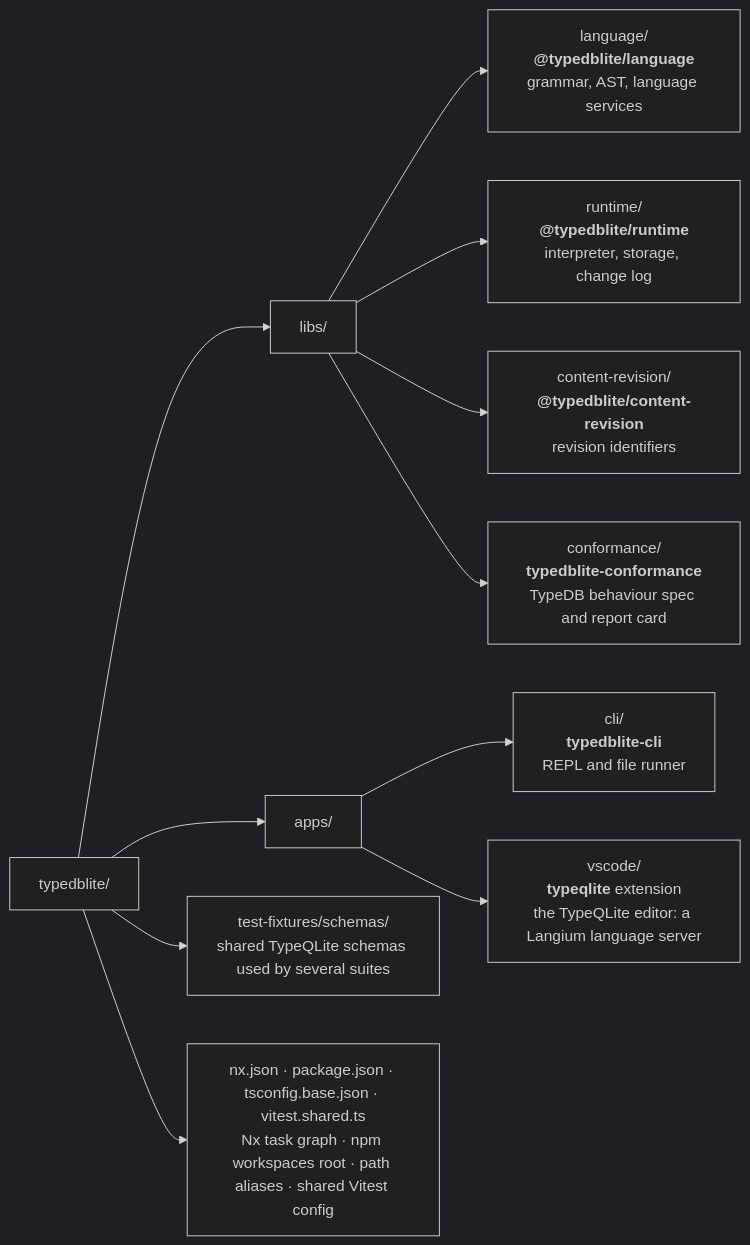
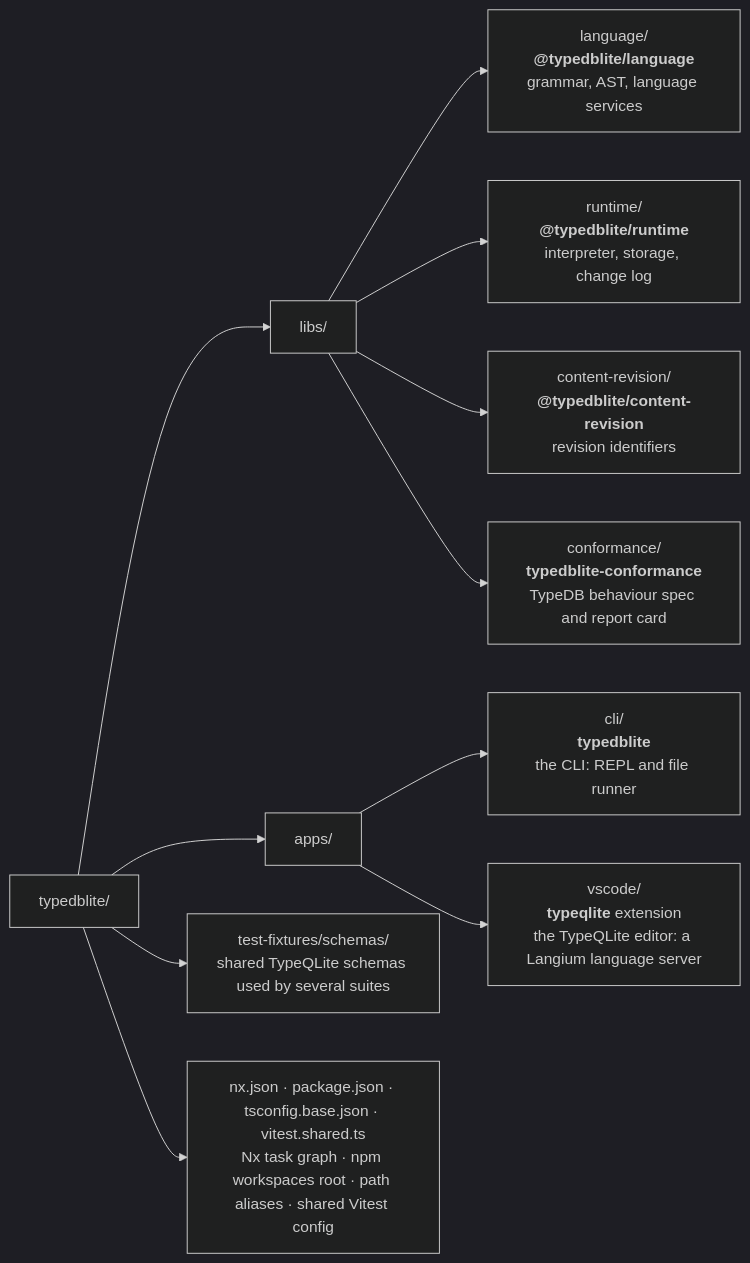
Before and after one commit to typedblite/typedblite: the first of 2 diagrams in AGENTS.md, drawn with Mermaid (dark theme). The commit also changed other lines of this file and 14 other files, not shown here.

````diff
--- a/AGENTS.md
+++ b/AGENTS.md
@@ -9,13 +9,13 @@
 ```mermaid
 flowchart LR
   root["typedblite/"] --> libs["libs/"]
   root --> apps["apps/"]
   root --> fixtures["test-fixtures/schemas/<br/>shared TypeQLite schemas used by several suites"]
   root --> config["nx.json · package.json · tsconfig.base.json · vitest.shared.ts<br/>Nx task graph · npm workspaces root · path aliases · shared Vitest config"]
   libs --> language["language/<br/><b>@typedblite/language</b><br/>grammar, AST, language services"]
   libs --> runtime["runtime/<br/><b>@typedblite/runtime</b><br/>interpreter, storage, change log"]
   libs --> revision["content-revision/<br/><b>@typedblite/content-revision</b><br/>revision identifiers"]
   libs --> conformance["conformance/<br/><b>typedblite-conformance</b><br/>TypeDB behaviour spec and report card"]
-  apps --> cli["cli/<br/><b>typedblite-cli</b><br/>REPL and file runner"]
+  apps --> cli["cli/<br/><b>typedblite</b><br/>the CLI: REPL and file runner"]
   apps --> vscode["vscode/<br/><b>typeqlite</b> extension<br/>the TypeQLite editor: a Langium language server"]
 ```
````
